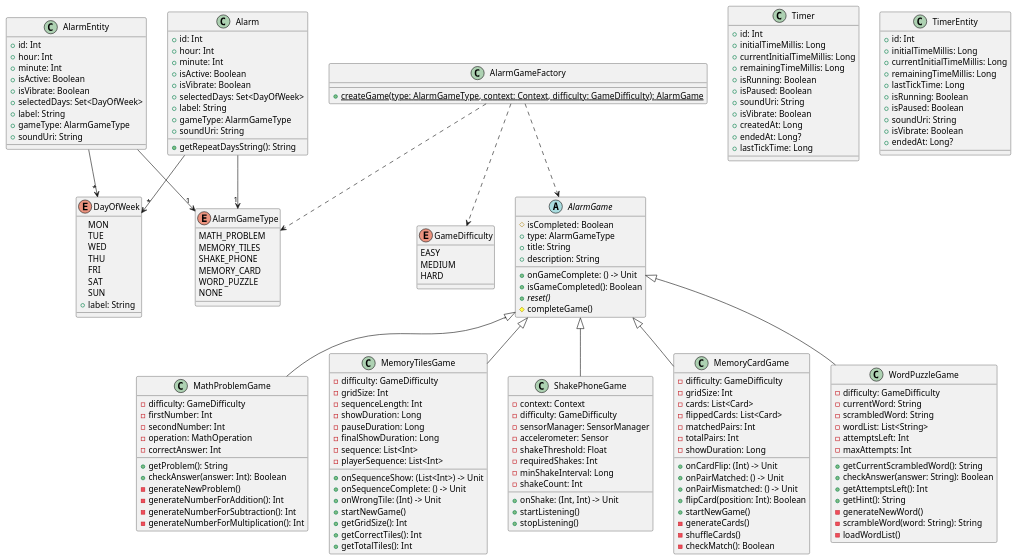
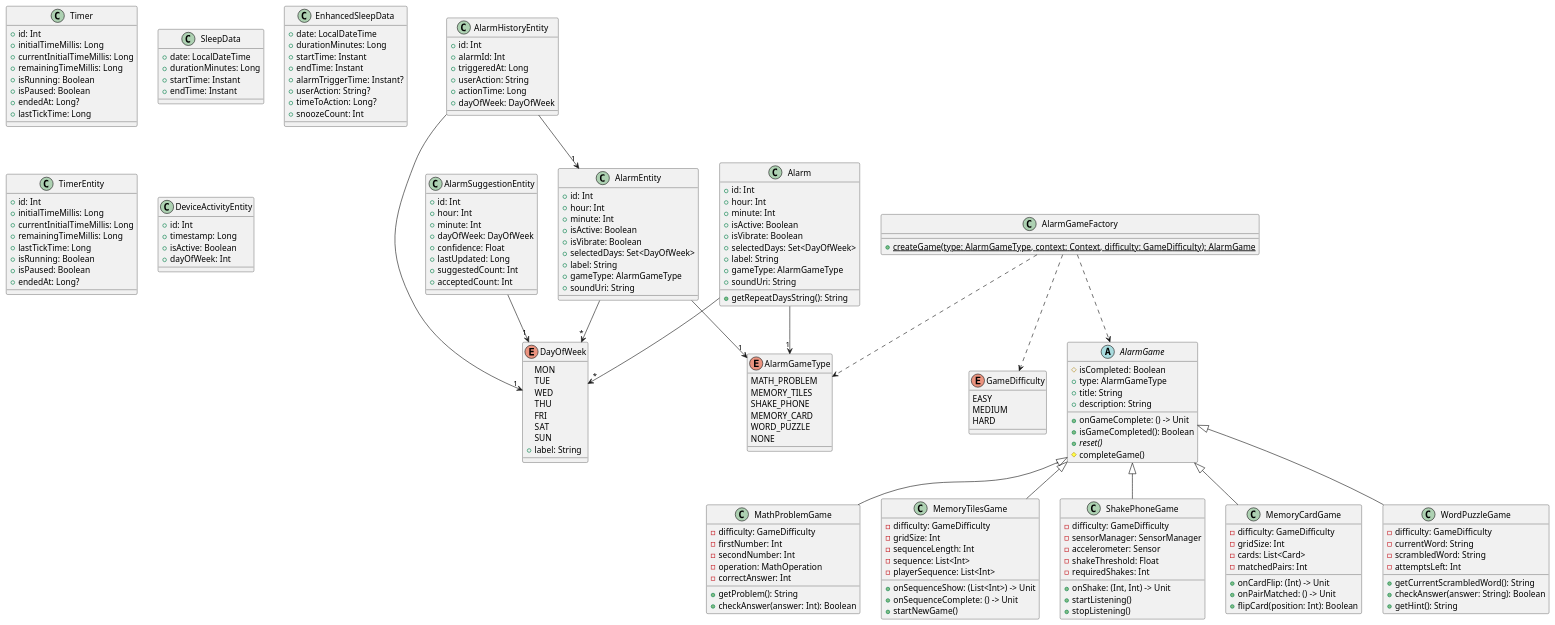
Before and after one commit to luvtl2803/Smart-Alarm: the diagram in class_diagram.puml, drawn with PlantUML. The commit also changed 69 other files, not shown here.

```diff
--- a/class_diagram.puml
+++ b/class_diagram.puml
@@ -48,11 +48,26 @@
     +remainingTimeMillis: Long
     +isRunning: Boolean
     +isPaused: Boolean
-    +soundUri: String
-    +isVibrate: Boolean
-    +createdAt: Long
     +endedAt: Long?
     +lastTickTime: Long
+}
+
+class SleepData {
+    +date: LocalDateTime
+    +durationMinutes: Long
+    +startTime: Instant
+    +endTime: Instant
+}
+
+class EnhancedSleepData {
+    +date: LocalDateTime
+    +durationMinutes: Long
+    +startTime: Instant
+    +endTime: Instant
+    +alarmTriggerTime: Instant?
+    +userAction: String?
+    +timeToAction: Long?
+    +snoozeCount: Int
 }
 
 ' Database Entities
@@ -76,9 +91,34 @@
     +lastTickTime: Long
     +isRunning: Boolean
     +isPaused: Boolean
-    +soundUri: String
-    +isVibrate: Boolean
     +endedAt: Long?
+}
+
+class AlarmHistoryEntity {
+    +id: Int
+    +alarmId: Int
+    +triggeredAt: Long
+    +userAction: String
+    +actionTime: Long
+    +dayOfWeek: DayOfWeek
+}
+
+class AlarmSuggestionEntity {
+    +id: Int
+    +hour: Int
+    +minute: Int
+    +dayOfWeek: DayOfWeek
+    +confidence: Float
+    +lastUpdated: Long
+    +suggestedCount: Int
+    +acceptedCount: Int
+}
+
+class DeviceActivityEntity {
+    +id: Int
+    +timestamp: Long
+    +isActive: Boolean
+    +dayOfWeek: Int
 }
 
 ' Games
@@ -101,39 +141,25 @@
     -correctAnswer: Int
     +getProblem(): String
     +checkAnswer(answer: Int): Boolean
-    -generateNewProblem()
-    -generateNumberForAddition(): Int
-    -generateNumberForSubtraction(): Int
-    -generateNumberForMultiplication(): Int
 }
 
 class MemoryTilesGame {
     -difficulty: GameDifficulty
     -gridSize: Int
     -sequenceLength: Int
-    -showDuration: Long
-    -pauseDuration: Long
-    -finalShowDuration: Long
     -sequence: List<Int>
     -playerSequence: List<Int>
     +onSequenceShow: (List<Int>) -> Unit
     +onSequenceComplete: () -> Unit
-    +onWrongTile: (Int) -> Unit
     +startNewGame()
-    +getGridSize(): Int
-    +getCorrectTiles(): Int
-    +getTotalTiles(): Int
 }
 
 class ShakePhoneGame {
-    -context: Context
     -difficulty: GameDifficulty
     -sensorManager: SensorManager
     -accelerometer: Sensor
     -shakeThreshold: Float
     -requiredShakes: Int
-    -minShakeInterval: Long
-    -shakeCount: Int
     +onShake: (Int, Int) -> Unit
     +startListening()
     +stopListening()
@@ -143,34 +169,20 @@
     -difficulty: GameDifficulty
     -gridSize: Int
     -cards: List<Card>
-    -flippedCards: List<Card>
     -matchedPairs: Int
-    -totalPairs: Int
-    -showDuration: Long
     +onCardFlip: (Int) -> Unit
     +onPairMatched: () -> Unit
-    +onPairMismatched: () -> Unit
     +flipCard(position: Int): Boolean
-    +startNewGame()
-    -generateCards()
-    -shuffleCards()
-    -checkMatch(): Boolean
 }
 
 class WordPuzzleGame {
     -difficulty: GameDifficulty
     -currentWord: String
     -scrambledWord: String
-    -wordList: List<String>
     -attemptsLeft: Int
-    -maxAttempts: Int
     +getCurrentScrambledWord(): String
     +checkAnswer(answer: String): Boolean
-    +getAttemptsLeft(): Int
     +getHint(): String
-    -generateNewWord()
-    -scrambleWord(word: String): String
-    -loadWordList()
 }
 
 ' Factory
@@ -191,6 +203,11 @@
 AlarmEntity --> "1" AlarmGameType
 AlarmEntity --> "*" DayOfWeek
 
+AlarmHistoryEntity --> "1" DayOfWeek
+AlarmHistoryEntity --> "1" AlarmEntity
+
+AlarmSuggestionEntity --> "1" DayOfWeek
+
 AlarmGameFactory ..> AlarmGame
 AlarmGameFactory ..> AlarmGameType
 AlarmGameFactory ..> GameDifficulty
```
